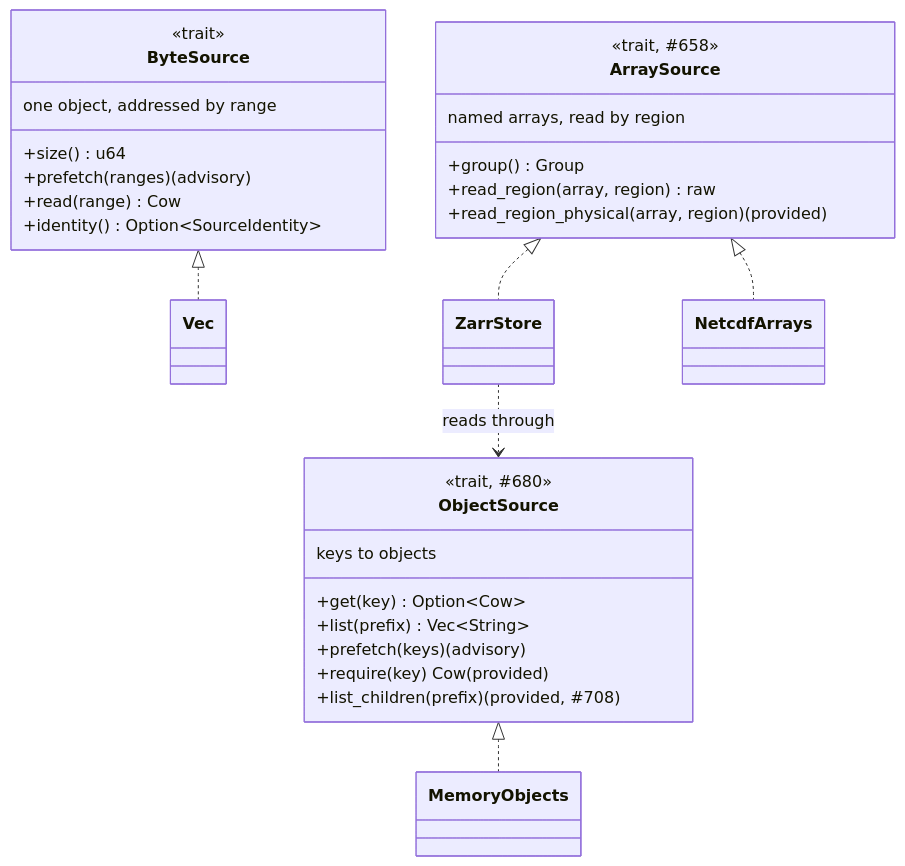
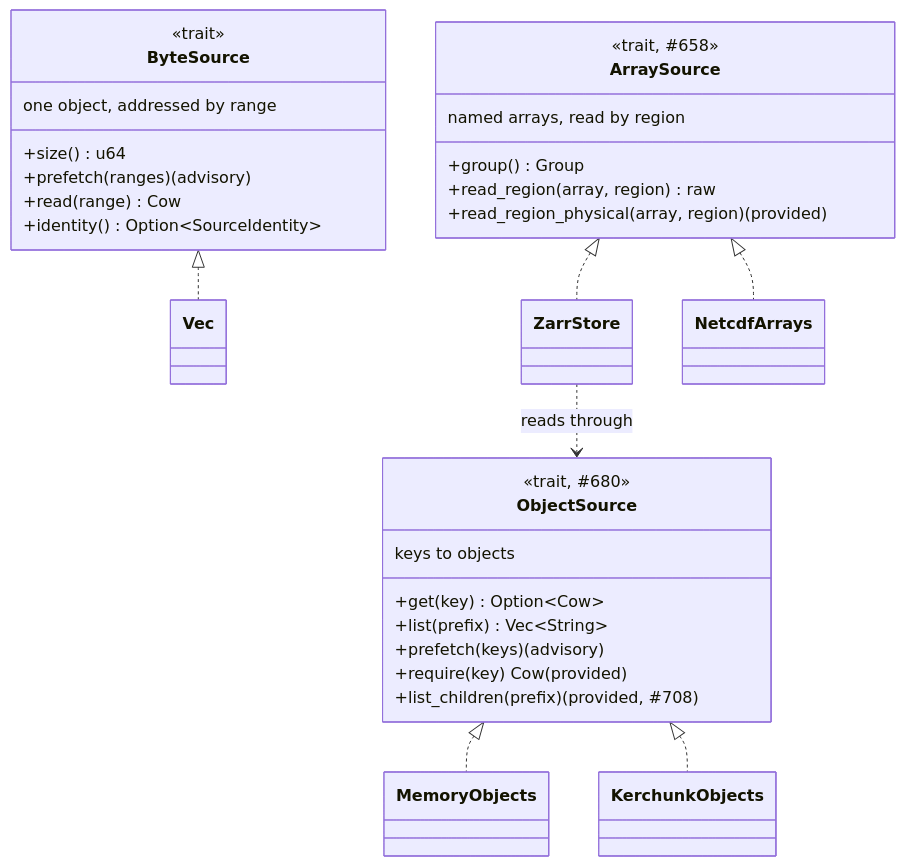
Before and after one commit to D0ubleD0uble/fieldglass: the first of 5 diagrams in docs/architecture/02-trait-seams.md, drawn with Mermaid. The commit also changed other lines of this file and 5 other files, not shown here.

````diff
--- a/docs/architecture/02-trait-seams.md
+++ b/docs/architecture/02-trait-seams.md
@@ -134,34 +152,35 @@
 ```mermaid
 classDiagram
     class ByteSource {
         <<trait>>
         one object, addressed by range
         +size() u64
         +prefetch(ranges) (advisory)
         +read(range) Cow
         +identity() Option~SourceIdentity~
     }
     class ObjectSource {
         <<trait, #680>>
         keys to objects
         +get(key) Option~Cow~
         +list(prefix) Vec~String~
         +prefetch(keys) (advisory)
         +require(key) Cow (provided)
         +list_children(prefix) (provided, #708)
     }
 
     class ArraySource {
         <<trait, #658>>
         named arrays, read by region
         +group() Group
         +read_region(array, region) raw
         +read_region_physical(array, region) (provided)
     }
 
     ByteSource <|.. Vec
     ObjectSource <|.. MemoryObjects
+    ObjectSource <|.. KerchunkObjects
     ArraySource <|.. ZarrStore
     ArraySource <|.. NetcdfArrays
     ZarrStore ..> ObjectSource : reads through
 ```
````
